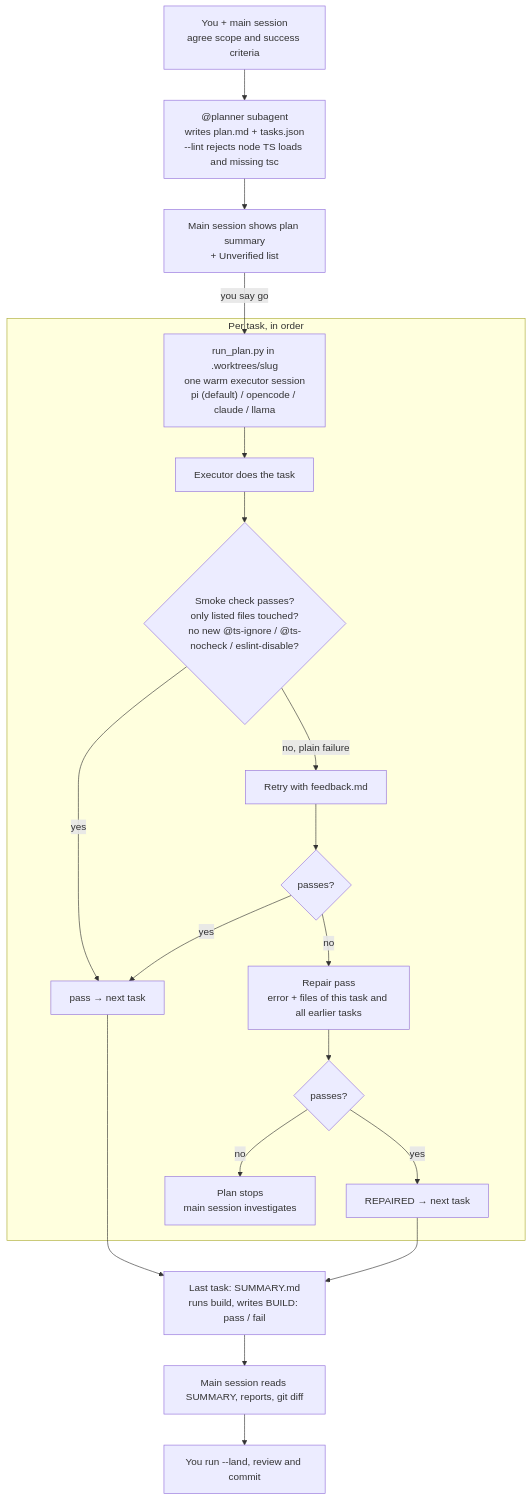
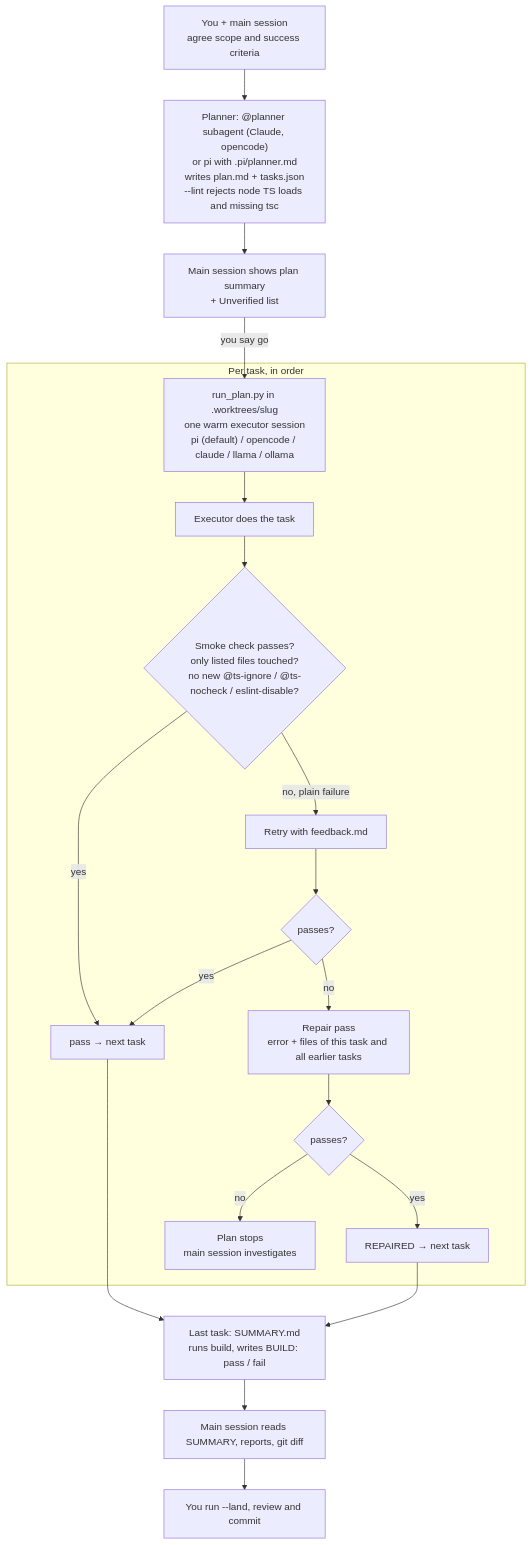
One commit to UfozDelta/ufoz-harness changed the diagram in docs/mermaid.md. Above: the diagram before and after it, drawn with Mermaid. The commit also changed other lines of this file and 73 other files, not shown here.

First line of the commit message:
Add ollama executor; pi/opencode planner prompts; plan records

````diff
--- a/docs/mermaid.md
+++ b/docs/mermaid.md
@@ -3,24 +3,24 @@
 ```mermaid
 flowchart TD
-    A[You + main session<br/>agree scope and success criteria] --> B["@planner subagent<br/>writes plan.md + tasks.json<br/>--lint rejects node TS loads and missing tsc"]
+    A[You + main session<br/>agree scope and success criteria] --> B["Planner: @planner subagent (Claude, opencode)<br/>or pi with .pi/planner.md<br/>writes plan.md + tasks.json<br/>--lint rejects node TS loads and missing tsc"]
     B --> C[Main session shows plan summary<br/>+ Unverified list]
-    C -->|you say go| D["run_plan.py in .worktrees/slug<br/>one warm executor session<br/>pi (default) / opencode / claude / llama"]
+    C -->|you say go| D["run_plan.py in .worktrees/slug<br/>one warm executor session<br/>pi (default) / opencode / claude / llama / ollama"]
 
     subgraph Task["Per task, in order"]
         D --> E[Executor does the task]
         E --> F{Smoke check passes?<br/>only listed files touched?<br/>no new @ts-ignore / @ts-nocheck / eslint-disable?}
         F -->|yes| G[pass → next task]
         F -->|no, plain failure| H[Retry with feedback.md]
         H --> F2{passes?}
         F2 -->|yes| G
         F2 -->|no| R[Repair pass<br/>error + files of this task and all earlier tasks]
         R --> F3{passes?}
         F3 -->|yes| G2[REPAIRED → next task]
         F3 -->|no| X[Plan stops<br/>main session investigates]
     end
 
     G --> S[Last task: SUMMARY.md<br/>runs build, writes BUILD: pass / fail]
     G2 --> S
     S --> V[Main session reads SUMMARY, reports, git diff]
     V --> Y[You run --land, review and commit]
 ```
````
